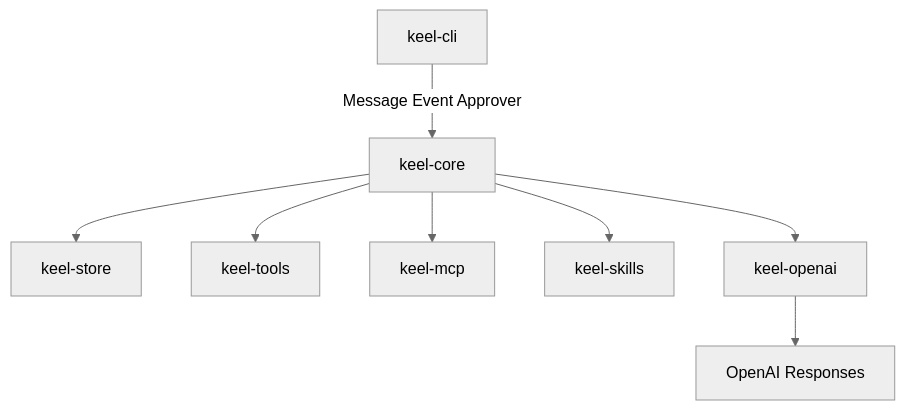
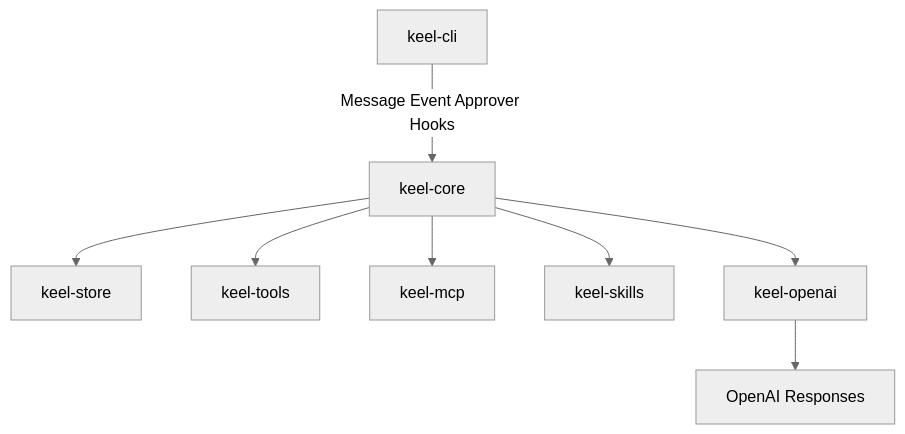
Before and after one commit to moonknit/keel: the diagram in docs/planning/srs.md, drawn with Mermaid (neutral theme). The commit also changed other lines of this file and 19 other files, not shown here.

````diff
--- a/docs/planning/srs.md
+++ b/docs/planning/srs.md
@@ -41,10 +43,10 @@
 ```mermaid
 flowchart TD
-  cli[keel-cli] -->|Message Event Approver| core[keel-core]
+  cli[keel-cli] -->|Message Event Approver Hooks| core[keel-core]
   core --> store[keel-store]
   core --> tools[keel-tools]
   core --> mcp[keel-mcp]
   core --> skills[keel-skills]
   core --> openai[keel-openai]
   openai --> api[OpenAI Responses]
 ```
````
